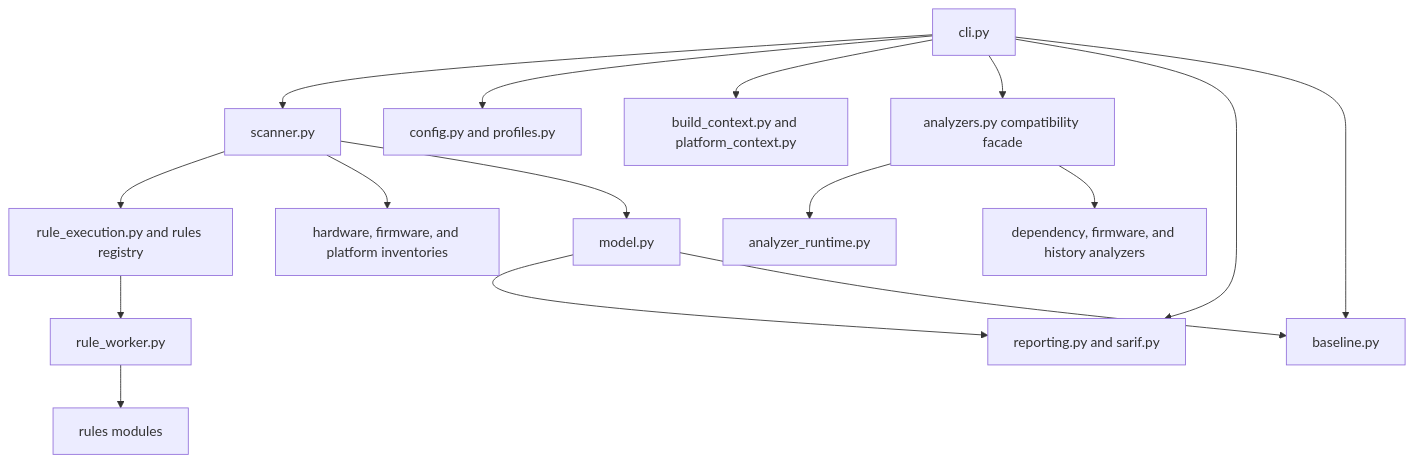
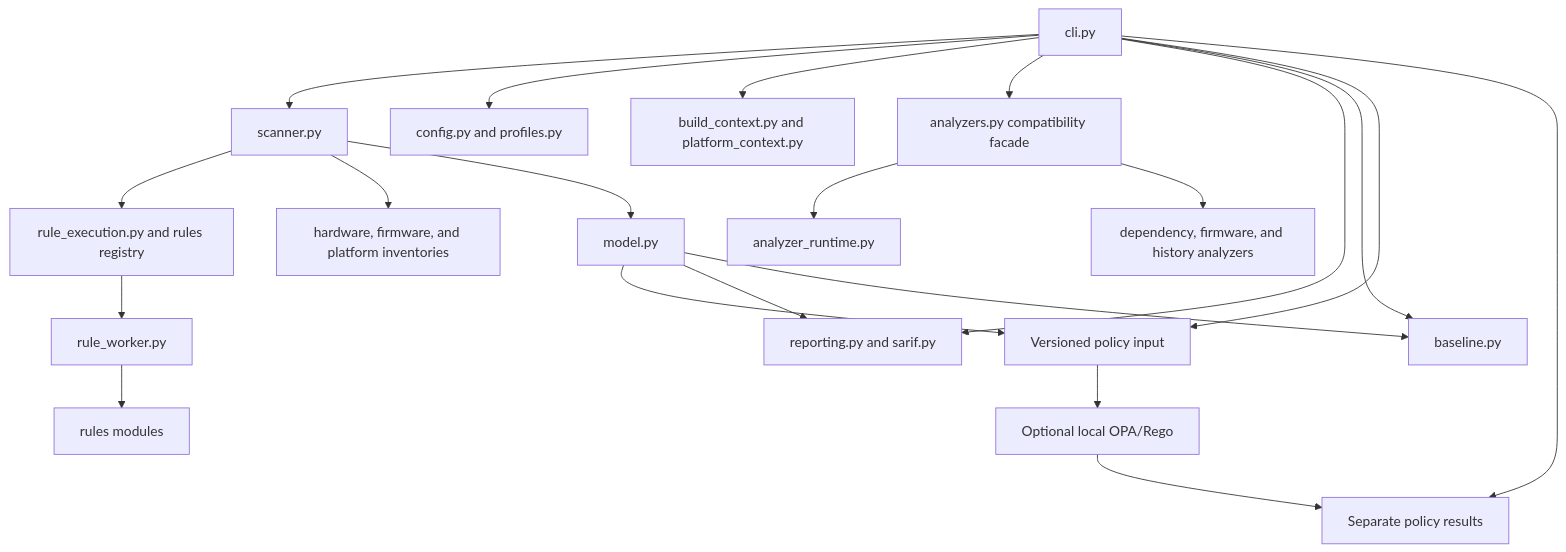
Before and after one commit to VIGIL-IoT/VIGIL-FUSE: the fourth of 5 diagrams in docs/architecture.md, drawn with Mermaid. The commit also changed other lines of this file and 12 other files, not shown here.

Commit message:
feat: add optional Rego policy evaluation

````diff
--- a/docs/architecture.md
+++ b/docs/architecture.md
@@ -129,18 +130,23 @@
 ```mermaid
 flowchart TD
     CLI[cli.py] --> Scanner[scanner.py]
     CLI --> Config[config.py and profiles.py]
     CLI --> Context[build_context.py and platform_context.py]
     CLI --> AnalyzerFacade[analyzers.py compatibility facade]
     CLI --> Reporters[reporting.py and sarif.py]
     CLI --> Baseline[baseline.py]
     Scanner --> Rules[rule_execution.py and rules registry]
     Rules --> Worker[rule_worker.py]
     Worker --> NativeRules[rules modules]
     Scanner --> Inventory[hardware, firmware, and platform inventories]
     AnalyzerFacade --> Runtime[analyzer_runtime.py]
     AnalyzerFacade --> Optional[dependency, firmware, and history analyzers]
     Scanner --> Model[model.py]
+    Model --> PolicyInput[Versioned policy input]
+    PolicyInput --> OPA[Optional local OPA/Rego]
+    OPA --> PolicyResults[Separate policy results]
+    CLI --> PolicyInput
+    CLI --> PolicyResults
     Model --> Reporters
     Model --> Baseline
 ```
````
